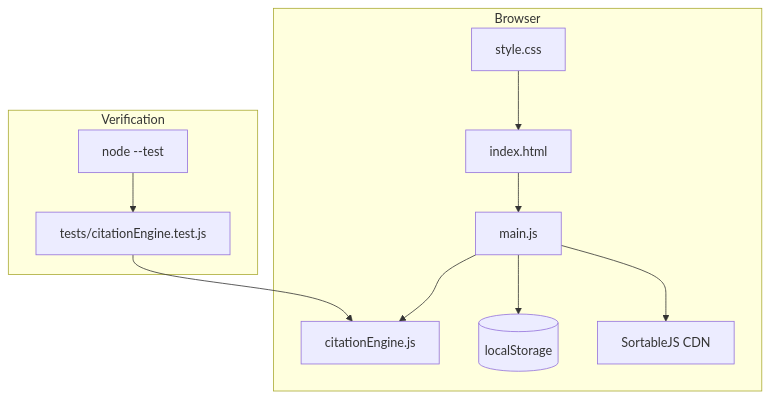
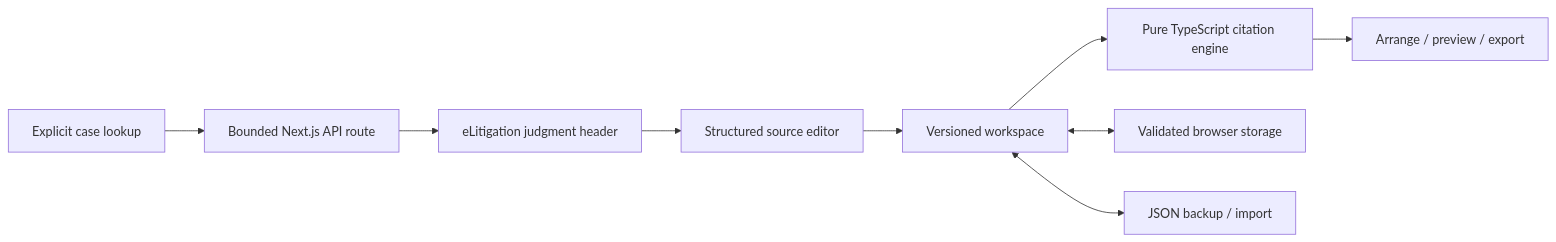
Before and after one commit to kevanwee/sal-citation-generator: the diagram in docs/ARCHITECTURE.md, drawn with Mermaid. The commit also changed other lines of this file and 2 other files, not shown here.

Commit message:
docs: document citation coverage, audit findings and verified workflows

````diff
--- a/docs/ARCHITECTURE.md
+++ b/docs/ARCHITECTURE.md
@@ -3,25 +5,11 @@
 ```mermaid
-flowchart TB
-    subgraph Browser
-        UI[index.html]
-        Style[style.css]
-        Controller[main.js]
-        Engine[citationEngine.js]
-        Storage[(localStorage)]
-        Sortable[SortableJS CDN]
-    end
-
-    UI --> Controller
-    Style --> UI
-    Controller --> Engine
-    Controller --> Storage
-    Controller --> Sortable
-
-    subgraph Verification
-        Tests[tests/citationEngine.test.js]
-        Node[node --test]
-    end
-
-    Tests --> Engine
-    Node --> Tests
+flowchart LR
+  Forms[Structured source editor] --> State[Versioned workspace]
+  State --> Engine[Pure TypeScript citation engine]
+  Engine --> List[Arrange / preview / export]
+  State <--> Storage[Validated browser storage]
+  State <--> Backup[JSON backup / import]
+  Lookup[Explicit case lookup] --> Route[Bounded Next.js API route]
+  Route --> EL[eLitigation judgment header]
+  EL --> Forms
 ```
````
